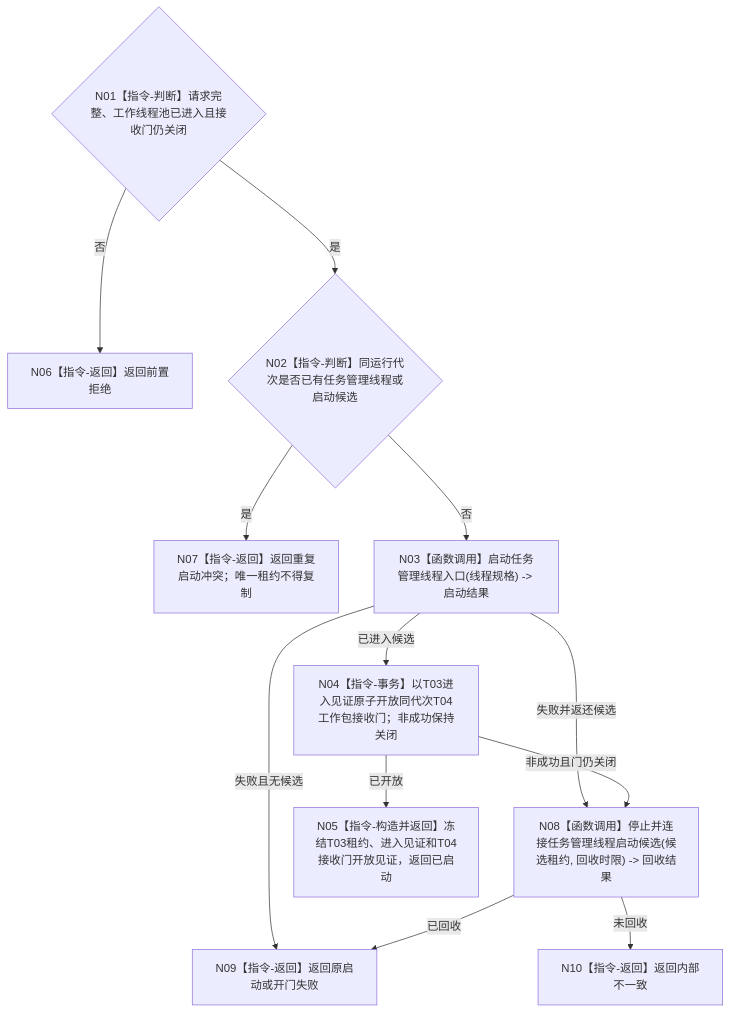
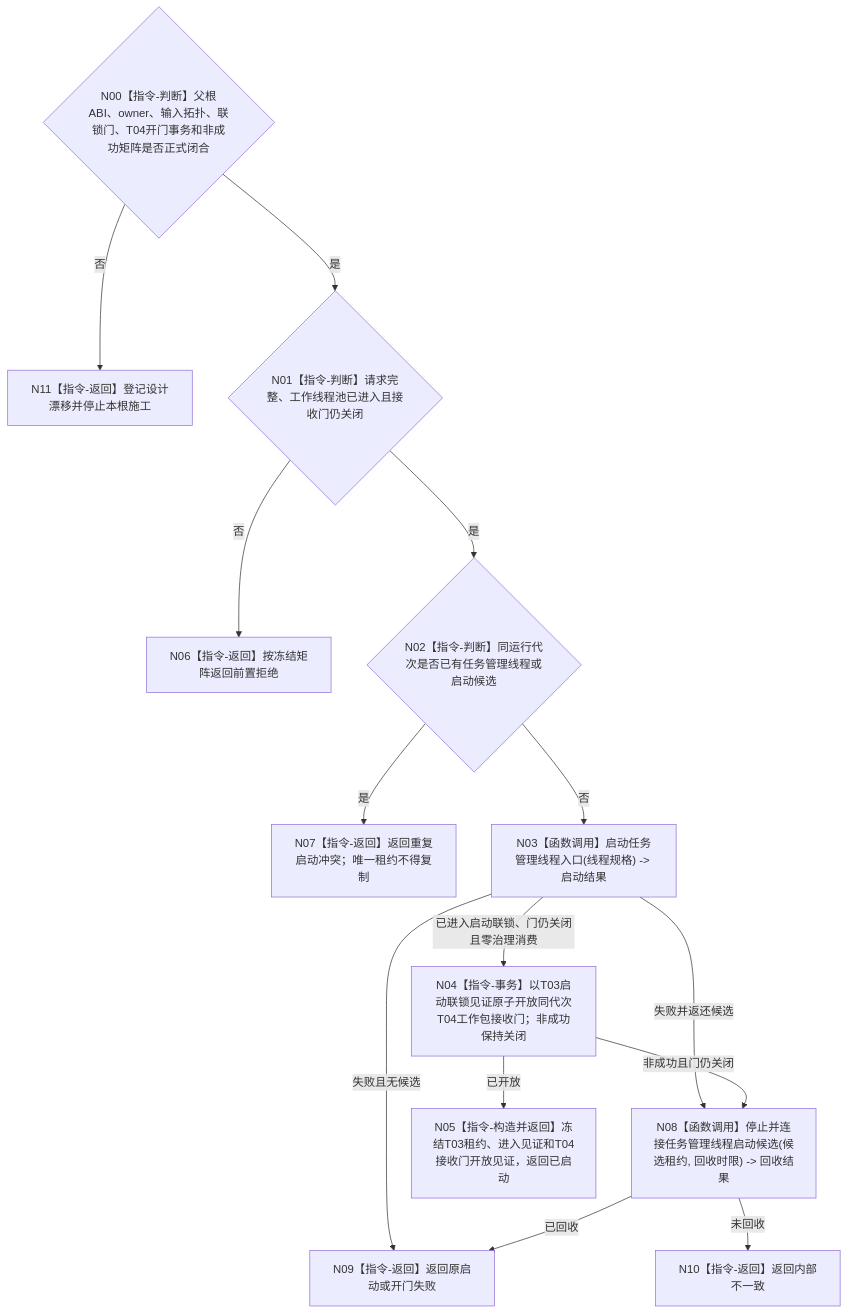
Before and after one commit to chunhaizh-cyber/HY-Ego: the diagram in 流程图/目标业务流程图/L2/BIZ-L2-001-06_启动任务管理线程_目标函数流程图_v0.1.md, drawn with Mermaid. The commit also changed other lines of this file and 9 other files, not shown here.

````diff
--- a/流程图/目标业务流程图/L2/BIZ-L2-001-06_启动任务管理线程_目标函数流程图_v0.1.md
+++ b/流程图/目标业务流程图/L2/BIZ-L2-001-06_启动任务管理线程_目标函数流程图_v0.1.md
@@ -29,14 +31,16 @@
 ```mermaid
 flowchart TD
-    N01{"N01【指令-判断】请求完整、工作线程池已进入且接收门仍关闭"} -->|否| N06["N06【指令-返回】返回前置拒绝"]
+    N00{"N00【指令-判断】父根ABI、owner、输入拓扑、联锁门、T04开门事务和非成功矩阵是否正式闭合"} -->|否| N11["N11【指令-返回】登记设计漂移并停止本根施工"]
+    N00 -->|是| N01{"N01【指令-判断】请求完整、工作线程池已进入且接收门仍关闭"}
+    N01 -->|否| N06["N06【指令-返回】按冻结矩阵返回前置拒绝"]
     N01 -->|是| N02{"N02【指令-判断】同运行代次是否已有任务管理线程或启动候选"}
     N02 -->|是| N07["N07【指令-返回】返回重复启动冲突；唯一租约不得复制"]
     N02 -->|否| N03["N03【函数调用】启动任务管理线程入口(线程规格) -> 启动结果"]
-    N03 -->|已进入候选| N04["N04【指令-事务】以T03进入见证原子开放同代次T04工作包接收门；非成功保持关闭"]
+    N03 -->|已进入启动联锁、门仍关闭且零治理消费| N04["N04【指令-事务】以T03启动联锁见证原子开放同代次T04工作包接收门；非成功保持关闭"]
     N03 -->|失败且无候选| N09["N09【指令-返回】返回原启动或开门失败"]
     N03 -->|失败并返还候选| N08["N08【函数调用】停止并连接任务管理线程启动候选(候选租约, 回收时限) -> 回收结果"]
     N04 -->|已开放| N05["N05【指令-构造并返回】冻结T03租约、进入见证和T04接收门开放见证，返回已启动"]
     N04 -->|非成功且门仍关闭| N08
     N08 -->|已回收| N09
     N08 -->|未回收| N10["N10【指令-返回】返回内部不一致"]
 ```
````
